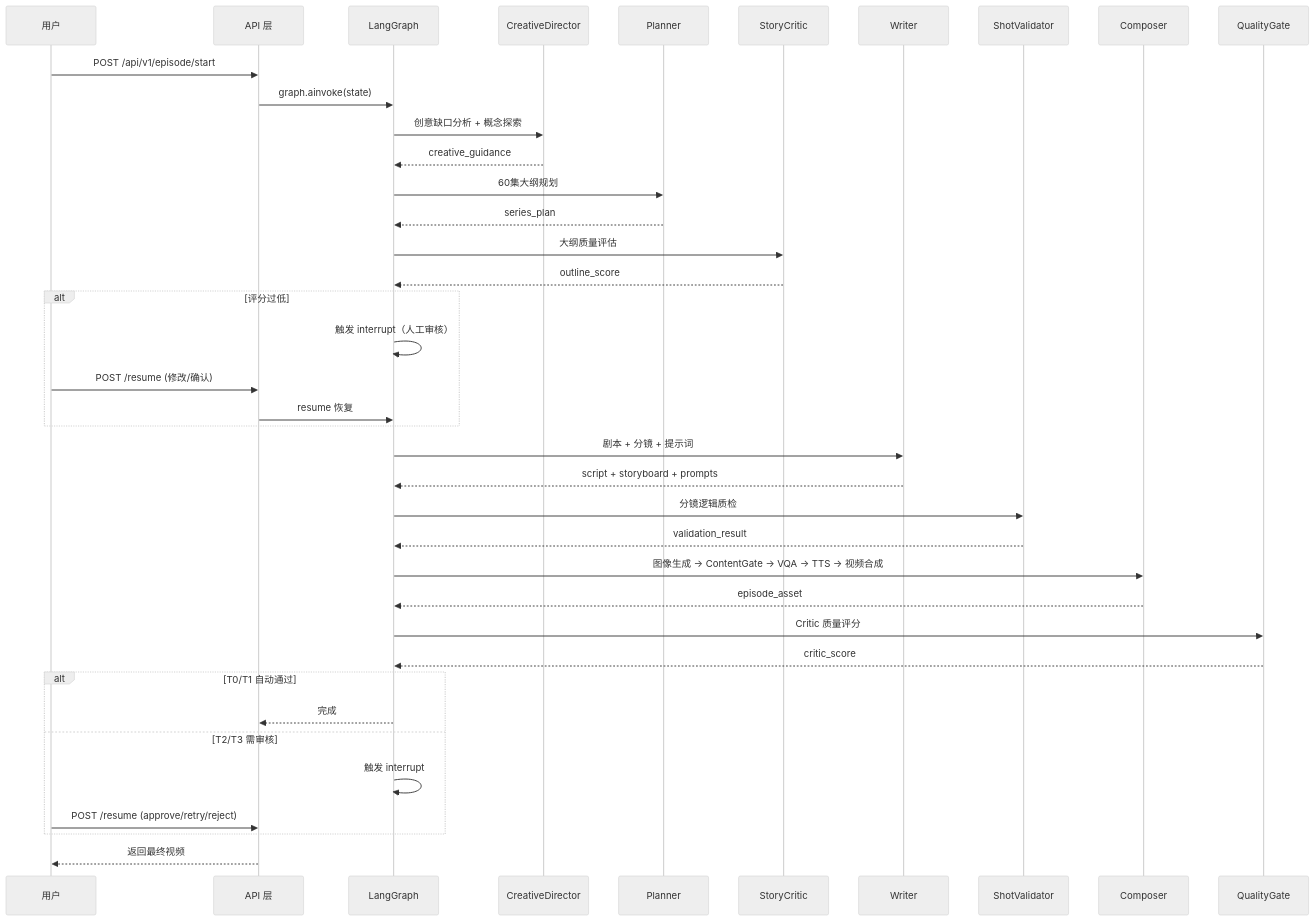
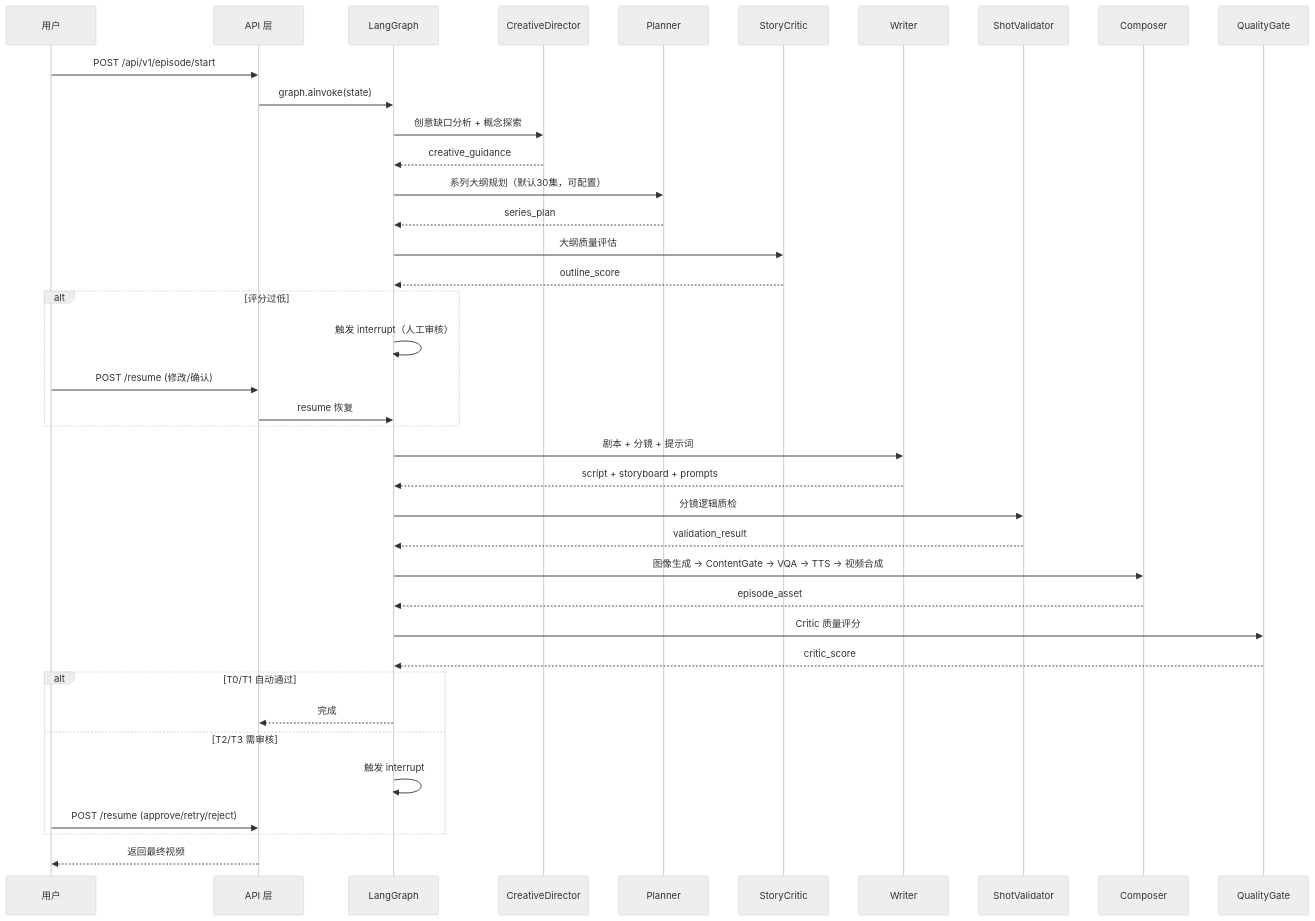
One commit to zyu221281-commits/ai_manga_agent changed the diagram in README.md. Above: the diagram before and after it, drawn with Mermaid (neutral theme). The commit also changed other lines of this file and 23 other files, not shown here.

First line of the commit message:
feat: 角色一致性三视图 + 音画对齐硬约束 + 剧集数可配置化

````diff
--- a/README.md
+++ b/README.md
@@ -188,49 +196,49 @@
 ```mermaid
 sequenceDiagram
     participant U as 用户
     participant API as API 层
     participant G as LangGraph
     participant CD as CreativeDirector
     participant P as Planner
     participant SC as StoryCritic
     participant W as Writer
     participant V as ShotValidator
     participant C as Composer
     participant Q as QualityGate
 
     U->>API: POST /api/v1/episode/start
     API->>G: graph.ainvoke(state)
     
     G->>CD: 创意缺口分析 + 概念探索
     CD-->>G: creative_guidance
-    G->>P: 60集大纲规划
+    G->>P: 系列大纲规划（默认30集，可配置）
     P-->>G: series_plan
     G->>SC: 大纲质量评估
     SC-->>G: outline_score
     
     alt 评分过低
         G->>G: 触发 interrupt（人工审核）
         U->>API: POST /resume (修改/确认)
         API->>G: resume 恢复
     end
     
     G->>W: 剧本 + 分镜 + 提示词
     W-->>G: script + storyboard + prompts
     G->>V: 分镜逻辑质检
     V-->>G: validation_result
     
     G->>C: 图像生成 → ContentGate → VQA → TTS → 视频合成
     C-->>G: episode_asset
     
     G->>Q: Critic 质量评分
     Q-->>G: critic_score
     
     alt T0/T1 自动通过
         G-->>API: 完成
     else T2/T3 需审核
         G->>G: 触发 interrupt
         U->>API: POST /resume (approve/retry/reject)
     end
     
     API-->>U: 返回最终视频
 ```
````
